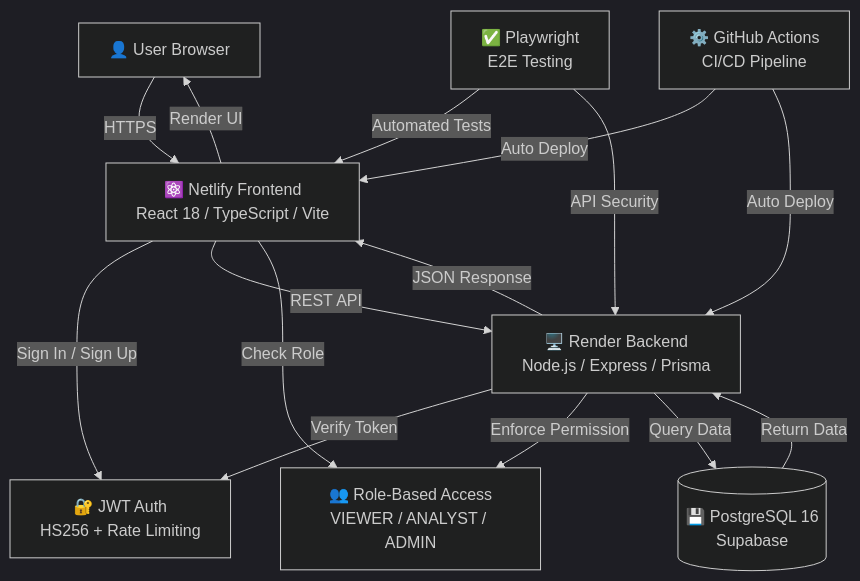
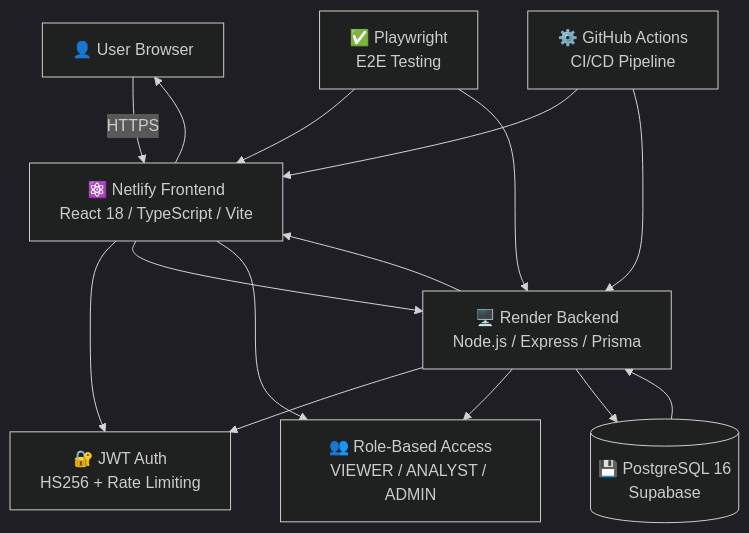
One commit to ByteForge24/Finance-Dashboard-System changed the diagram in README.md. Above: the diagram before and after it, drawn with Mermaid (dark theme).

````diff
--- a/README.md
+++ b/README.md
@@ -19,26 +19,26 @@
 ```mermaid
 flowchart TD
     User["👤 User Browser"]
     Frontend["⚛️ Netlify Frontend<br/>React 18 / TypeScript / Vite"]
     Backend["🖥️ Render Backend<br/>Node.js / Express / Prisma"]
     DB[("💾 PostgreSQL 16<br/>Supabase")]
     JWT["🔐 JWT Auth<br/>HS256 + Rate Limiting"]
     RBAC["👥 Role-Based Access<br/>VIEWER / ANALYST / ADMIN"]
     Testing["✅ Playwright<br/>E2E Testing"]
     GitHub["⚙️ GitHub Actions<br/>CI/CD Pipeline"]
 
     User -->|HTTPS| Frontend
-    Frontend -->|Sign In / Sign Up| JWT
-    Frontend -->|REST API| Backend
-    Frontend -->|Check Role| RBAC
-    Backend -->|Verify Token| JWT
-    Backend -->|Enforce Permission| RBAC
-    Backend -->|Query Data| DB
-    DB -->|Return Data| Backend
-    Backend -->|JSON Response| Frontend
-    Frontend -->|Render UI| User
-    Testing -->|Automated Tests| Frontend
-    Testing -->|API Security| Backend
-    GitHub -->|Auto Deploy| Frontend
-    GitHub -->|Auto Deploy| Backend
+    Frontend --> JWT
+    Frontend --> Backend
+    Frontend --> RBAC
+    Backend --> JWT
+    Backend --> RBAC
+    Backend --> DB
+    DB --> Backend
+    Backend --> Frontend
+    Frontend --> User
+    Testing --> Frontend
+    Testing --> Backend
+    GitHub --> Frontend
+    GitHub --> Backend
 ```
````
